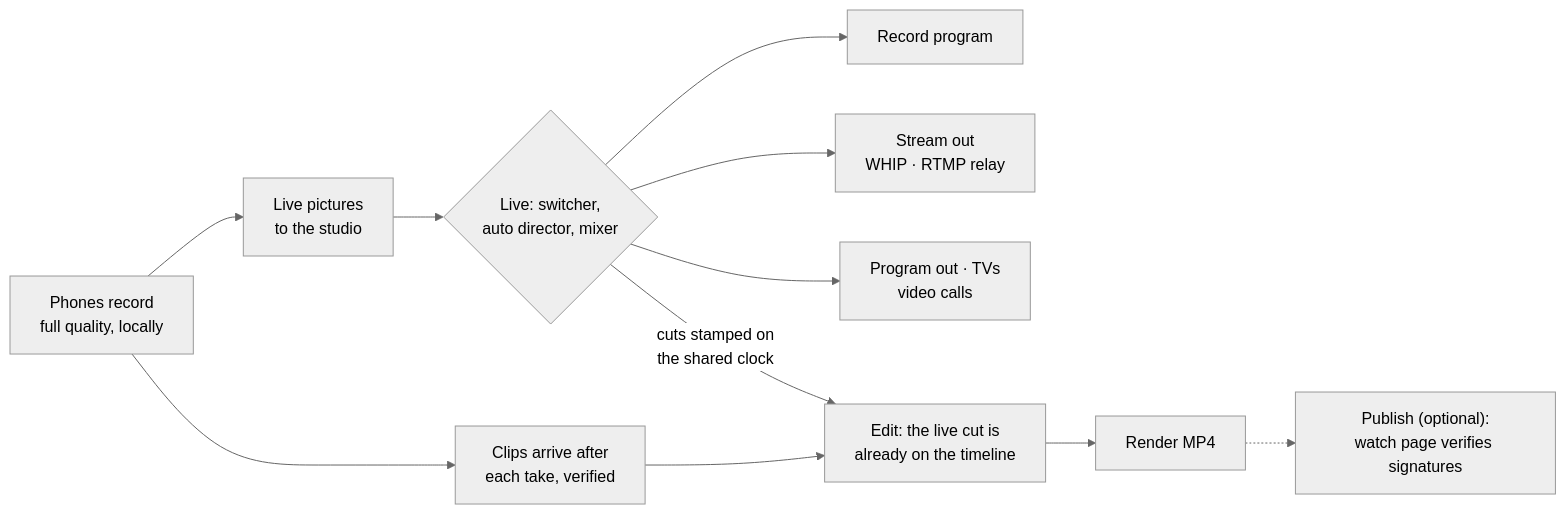
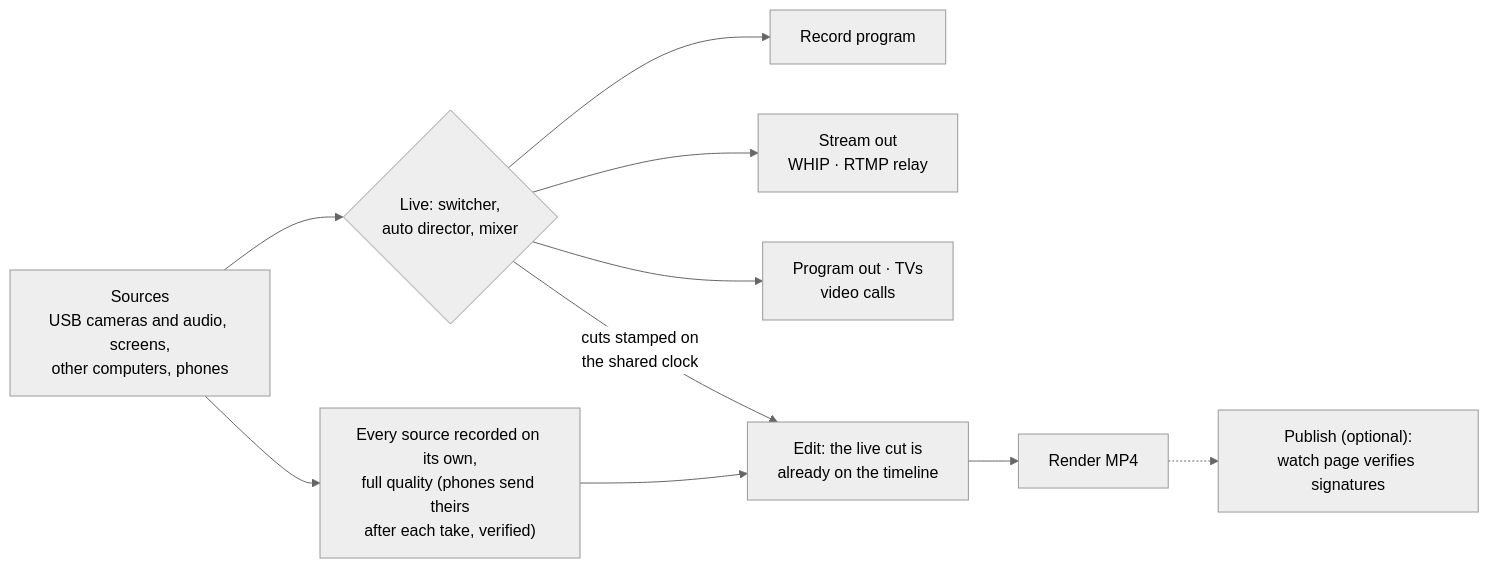
The third of 3 diagrams in README.md (jtalbott22/vuemesh), drawn with Mermaid (neutral theme) before and after one commit. The commit also changed other lines of this file, not shown here.

First line of the commit message:
README: a studio for every source, not just phones

````diff
--- a/README.md
+++ b/README.md
@@ -231,13 +277,12 @@
 ```mermaid
 flowchart LR
-  A["Phones record<br/>full quality, locally"] --> B["Live pictures<br/>to the studio"]
-  B --> C{"Live: switcher,<br/>auto director, mixer"}
+  A["Sources<br/>USB cameras and audio, screens,<br/>other computers, phones"] --> C{"Live: switcher,<br/>auto director, mixer"}
   C --> D["Record program"]
   C --> E["Stream out<br/>WHIP · RTMP relay"]
   C --> F["Program out · TVs<br/>video calls"]
-  A --> G["Clips arrive after<br/>each take, verified"]
+  A --> G["Every source recorded on its own,<br/>full quality (phones send theirs<br/>after each take, verified)"]
   C -- "cuts stamped on<br/>the shared clock" --> H["Edit: the live cut is<br/>already on the timeline"]
   G --> H
   H --> I["Render MP4"]
   I -.-> J["Publish (optional):<br/>watch page verifies signatures"]
 ```
````
